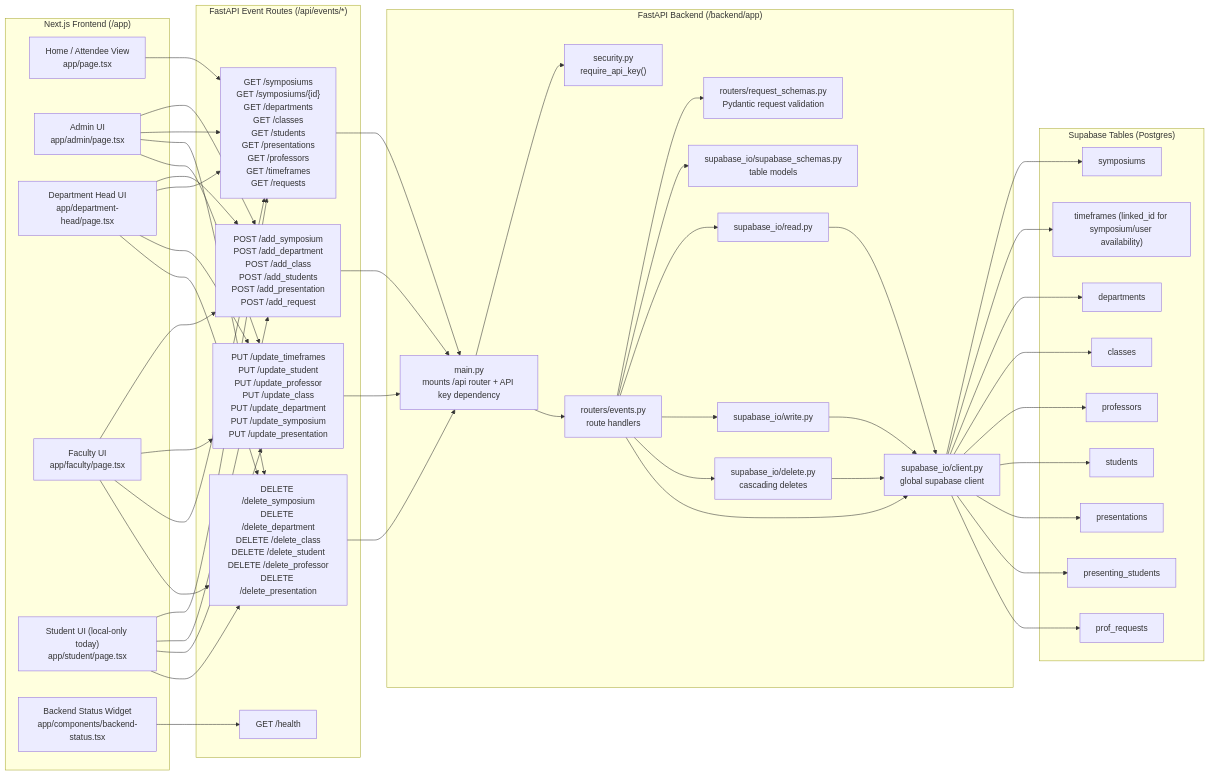
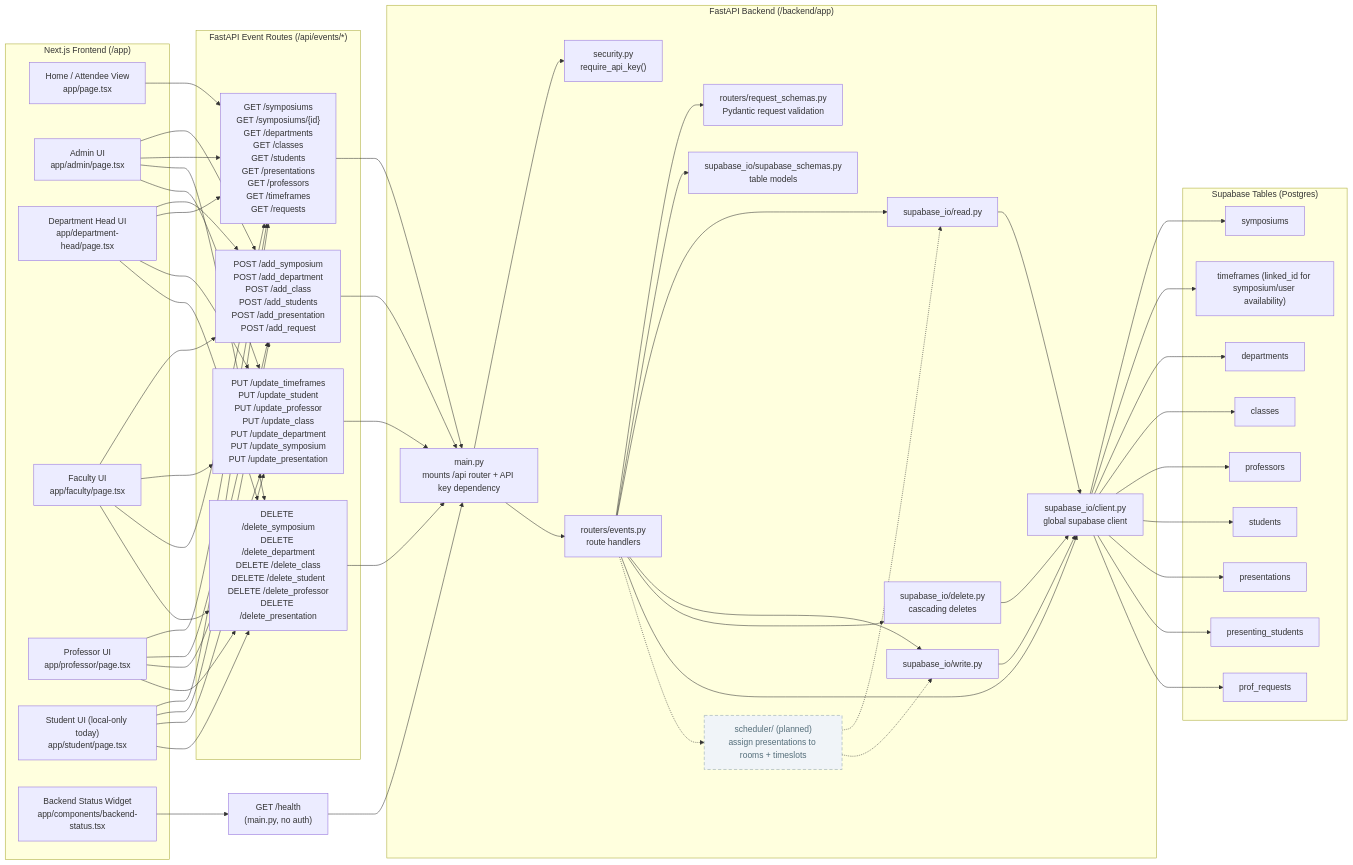
The diagram in docs/structural_diagram.md (occscheduler-blip/conference-scheduler), drawn with Mermaid before and after one commit. The commit also changed other lines of this file, not shown here.

````diff
--- a/docs/structural_diagram.md
+++ b/docs/structural_diagram.md
@@ -3,21 +3,25 @@
 ```mermaid
 flowchart LR
+
+  classDef unimplemented fill:#f0f4f8,stroke:#90a4ae,stroke-dasharray:6 4,color:#546e7a
 
   subgraph FE["Next.js Frontend (/app)"]
     Home["Home / Attendee View<br/>app/page.tsx"]
     Admin["Admin UI<br/>app/admin/page.tsx"]
     DeptHead["Department Head UI<br/>app/department-head/page.tsx"]
     Faculty["Faculty UI<br/>app/faculty/page.tsx"]
+    Professor["Professor UI<br/>app/professor/page.tsx"]
     Student["Student UI (local-only today)<br/>app/student/page.tsx"]
     HealthWidget["Backend Status Widget<br/>app/components/backend-status.tsx"]
   end
+
+  PHealth["GET /health<br/>(main.py, no auth)"]
 
   subgraph EP["FastAPI Event Routes (/api/events/*)"]
     PAdd["POST /add_symposium<br/>POST /add_department<br/>POST /add_class<br/>POST /add_students<br/>POST /add_presentation<br/>POST /add_request"]
     PUpd["PUT /update_timeframes<br/>PUT /update_student<br/>PUT /update_professor<br/>PUT /update_class<br/>PUT /update_department<br/>PUT /update_symposium<br/>PUT /update_presentation"]
     PGet["GET /symposiums<br/>GET /symposiums/{id}<br/>GET /departments<br/>GET /classes<br/>GET /students<br/>GET /presentations<br/>GET /professors<br/>GET /timeframes<br/>GET /requests"]
     PDel["DELETE /delete_symposium<br/>DELETE /delete_department<br/>DELETE /delete_class<br/>DELETE /delete_student<br/>DELETE /delete_professor<br/>DELETE /delete_presentation"]
-    PHealth["GET /health"]
   end
 
   subgraph API["FastAPI Backend (/backend/app)"]
@@ -30,6 +34,7 @@
     IODelete["supabase_io/delete.py<br/>cascading deletes"]
     SBSchemas["supabase_io/supabase_schemas.py<br/>table models"]
     SBClient["supabase_io/client.py<br/>global supabase client"]
+    Scheduler["scheduler/ (planned)<br/>assign presentations to rooms + timeslots"]:::unimplemented
   end
 
   subgraph DB["Supabase Tables (Postgres)"]
@@ -57,12 +62,17 @@
   Faculty --> PUpd
   Faculty --> PGet
   Faculty --> PDel
+  Professor --> PGet
+  Professor --> PAdd
+  Professor --> PUpd
+  Professor --> PDel
   Student --> PGet
   Student --> PAdd
   Student --> PUpd
   Student --> PDel
   HealthWidget --> PHealth
 
+  PHealth --> Main
   PAdd --> Main
   PUpd --> Main
   PGet --> Main
@@ -77,9 +87,13 @@
   Events --> IODelete
   Events --> SBClient
 
+  Events -.-> Scheduler
+
   IORead --> SBClient
   IOWrite --> SBClient
   IODelete --> SBClient
+  Scheduler -.-> IORead
+  Scheduler -.-> IOWrite
 
   SBClient --> Symposiums
   SBClient --> Timeframes
````
